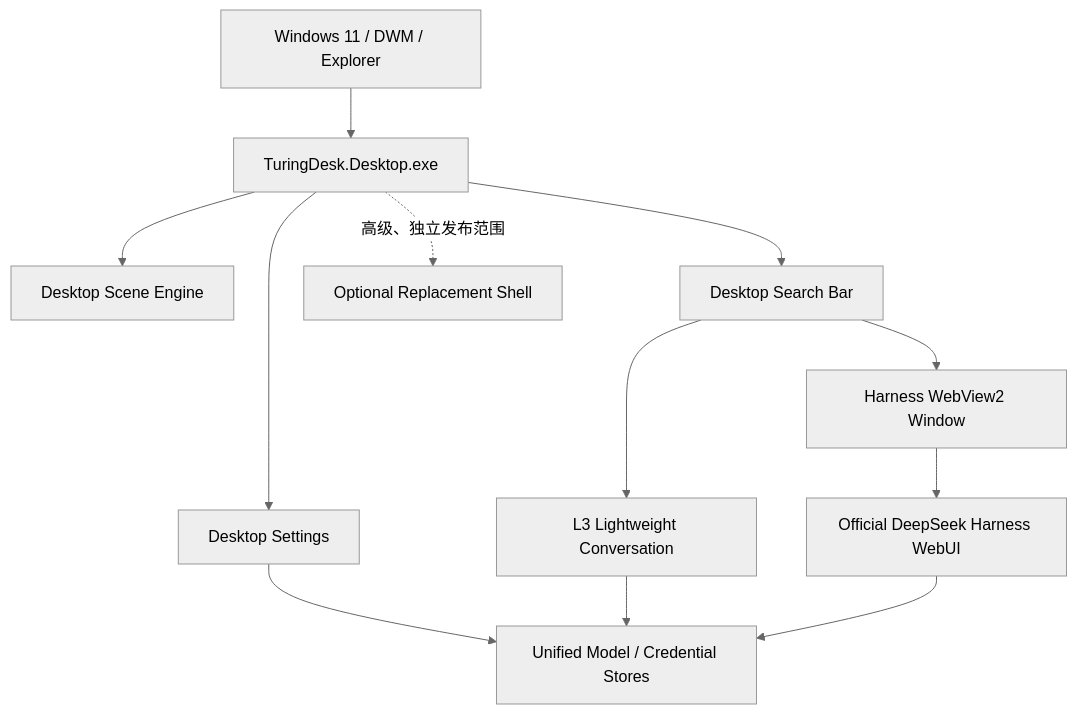
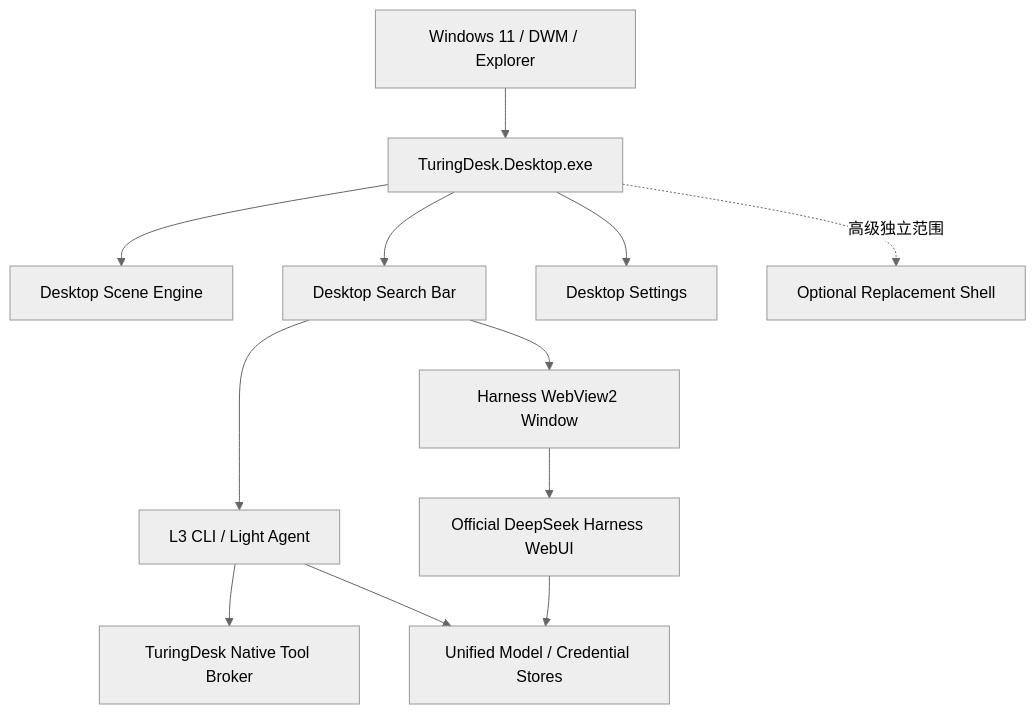
The second of 2 diagrams in docs/TURINGDESK-DESIGN-SPEC.md (GoodLoongStudio/TuringDesk), drawn with Mermaid (neutral theme) before and after one commit. The commit also changed other lines of this file, not shown here.

Commit message:
docs: redefine L3 as native CLI light agent

````diff
--- a/docs/TURINGDESK-DESIGN-SPEC.md
+++ b/docs/TURINGDESK-DESIGN-SPEC.md
@@ -410,25 +473,26 @@
 ```mermaid
 flowchart TB
     Windows["Windows 11 / DWM / Explorer"]
     Desktop["TuringDesk.Desktop.exe"]
     Scene["Desktop Scene Engine"]
     Search["Desktop Search Bar"]
     Settings["Desktop Settings"]
-    Quick["L3 Lightweight Conversation"]
-    Shell["Optional Replacement Shell"]
+    L3["L3 CLI / Light Agent"]
+    Tools["TuringDesk Native Tool Broker"]
+    Model["Unified Model / Credential Stores"]
     WebView["Harness WebView2 Window"]
     Dsh["Official DeepSeek Harness WebUI"]
-    Model["Unified Model / Credential Stores"]
+    Shell["Optional Replacement Shell"]
 
     Windows --> Desktop
     Desktop --> Scene
     Desktop --> Search
     Desktop --> Settings
-    Search --> Quick
+    Search --> L3
+    L3 --> Tools
+    L3 --> Model
     Search --> WebView
-    Settings --> Model
-    Quick --> Model
     WebView --> Dsh
     Dsh --> Model
-    Desktop -. "高级、独立发布范围" .-> Shell
+    Desktop -. "高级独立范围" .-> Shell
 ```
````
